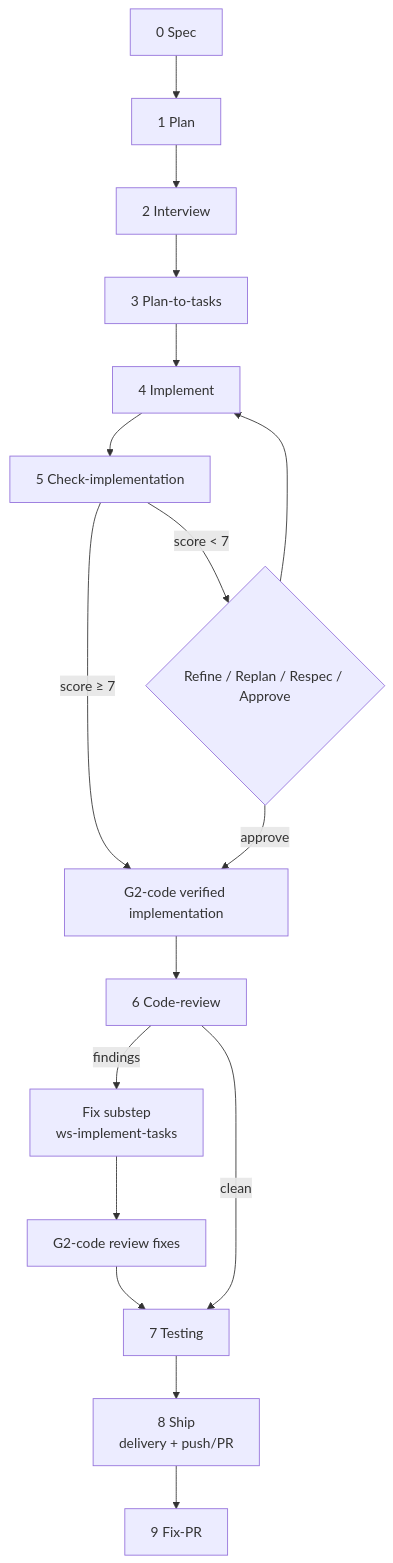
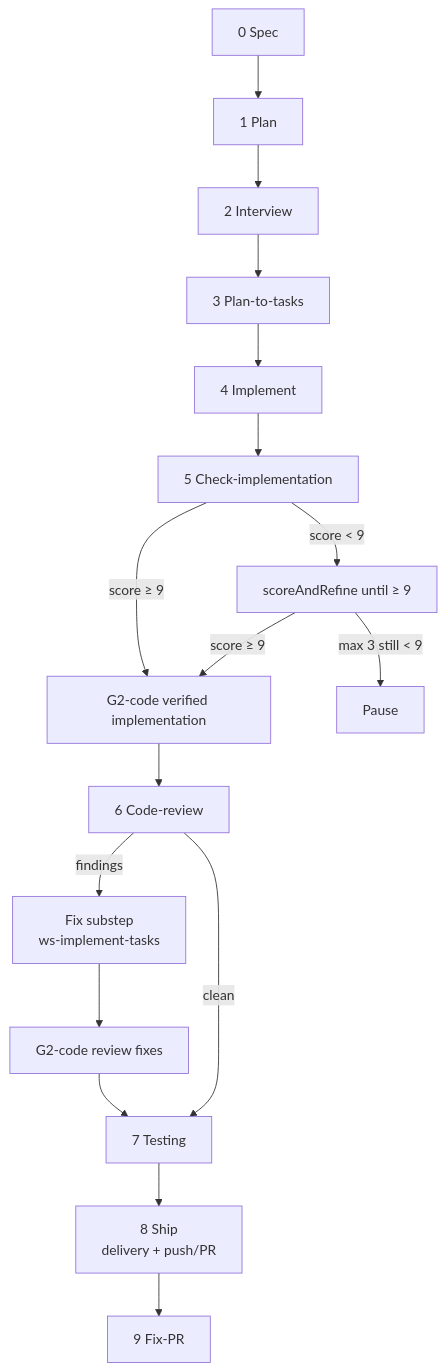
The second of 6 diagrams in .agents/skills/ws-spec-to-pr/DIAGRAM.md (jpolvora/workflow-skills), drawn with Mermaid before and after one commit. The commit also changed 32 other files, not shown here.

````diff
--- a/.agents/skills/ws-spec-to-pr/DIAGRAM.md
+++ b/.agents/skills/ws-spec-to-pr/DIAGRAM.md
@@ -25,19 +25,19 @@
 ```mermaid
 flowchart TD
   S0[0 Spec] --> S1[1 Plan]
   S1 --> S2[2 Interview]
   S2 --> S3[3 Plan-to-tasks]
   S3 --> S4[4 Implement]
   S4 --> S5[5 Check-implementation]
-  S5 -->|score ≥ 7| C1[G2-code verified implementation]
-  S5 -->|score < 7| G5{Refine / Replan / Respec / Approve}
-  G5 --> S4
-  G5 -->|approve| C1
+  S5 -->|score ≥ 9| C1[G2-code verified implementation]
+  S5 -->|score < 9| G5[scoreAndRefine until ≥ 9]
+  G5 -->|score ≥ 9| C1
+  G5 -->|max 3 still < 9| P[Pause]
   C1 --> S6[6 Code-review]
   S6 -->|findings| Fix[Fix substep<br/>ws-implement-tasks]
   Fix --> C2[G2-code review fixes]
   C2 --> S7[7 Testing]
   S6 -->|clean| S7
   S7 --> S8[8 Ship<br/>delivery + push/PR]
   S8 --> S9[9 Fix-PR]
 ```
````
